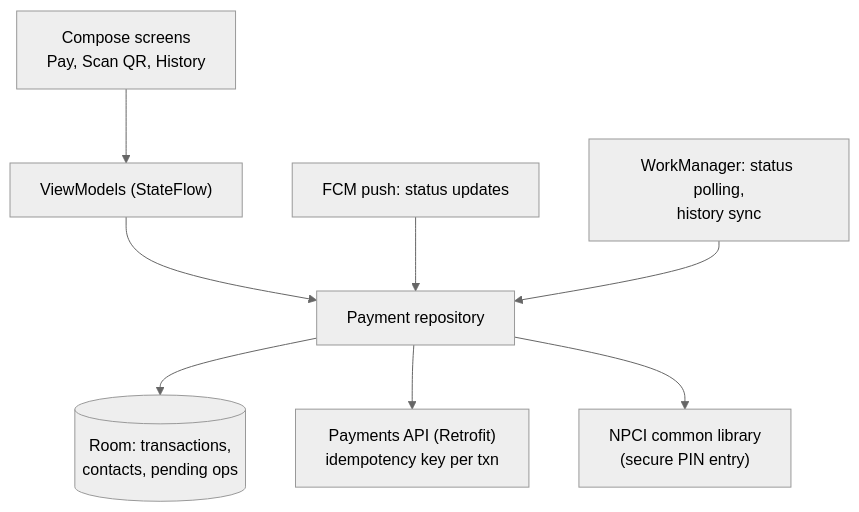
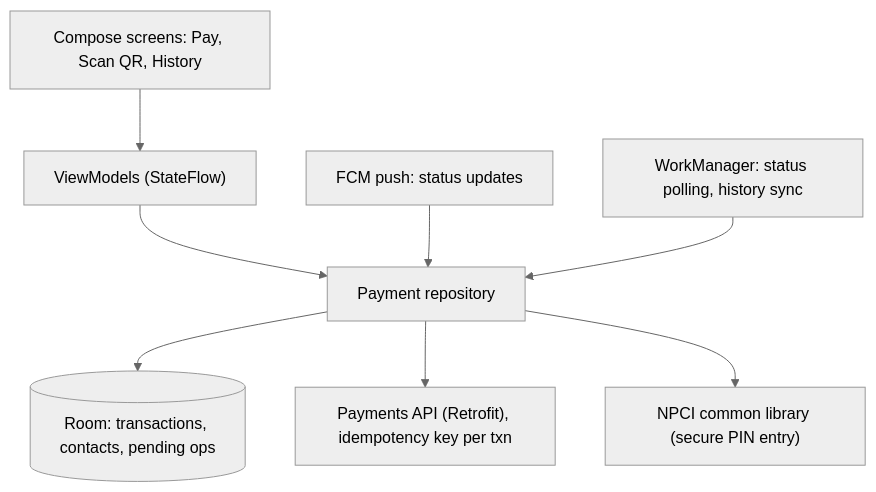
One commit to AkshayAshokCode/Android-Interview-Questions-cheat-sheet changed the fifth of 15 diagrams in topics/27-company-wise-questions.md. Above: the diagram before and after it, drawn with Mermaid (neutral theme). The commit also changed other lines of this file and 4 other files, not shown here.

````diff
--- a/topics/27-company-wise-questions.md
+++ b/topics/27-company-wise-questions.md
@@ -215,10 +528,10 @@
 ```mermaid
 flowchart TD
-    UI["Compose screens<br/>Pay, Scan QR, History"] --> VM["ViewModels (StateFlow)"]
+    UI["Compose screens: Pay, Scan QR, History"] --> VM["ViewModels (StateFlow)"]
     VM --> REPO["Payment repository"]
-    REPO --> DB[("Room: transactions,<br/>contacts, pending ops")]
-    REPO --> API["Payments API (Retrofit)<br/>idempotency key per txn"]
-    REPO --> NPCI["NPCI common library<br/>(secure PIN entry)"]
+    REPO --> DB[("Room: transactions, contacts, pending ops")]
+    REPO --> API["Payments API (Retrofit), idempotency key per txn"]
+    REPO --> NPCI["NPCI common library (secure PIN entry)"]
     FCM["FCM push: status updates"] --> REPO
-    WM["WorkManager: status polling,<br/>history sync"] --> REPO
+    WM["WorkManager: status polling, history sync"] --> REPO
 ```
````
